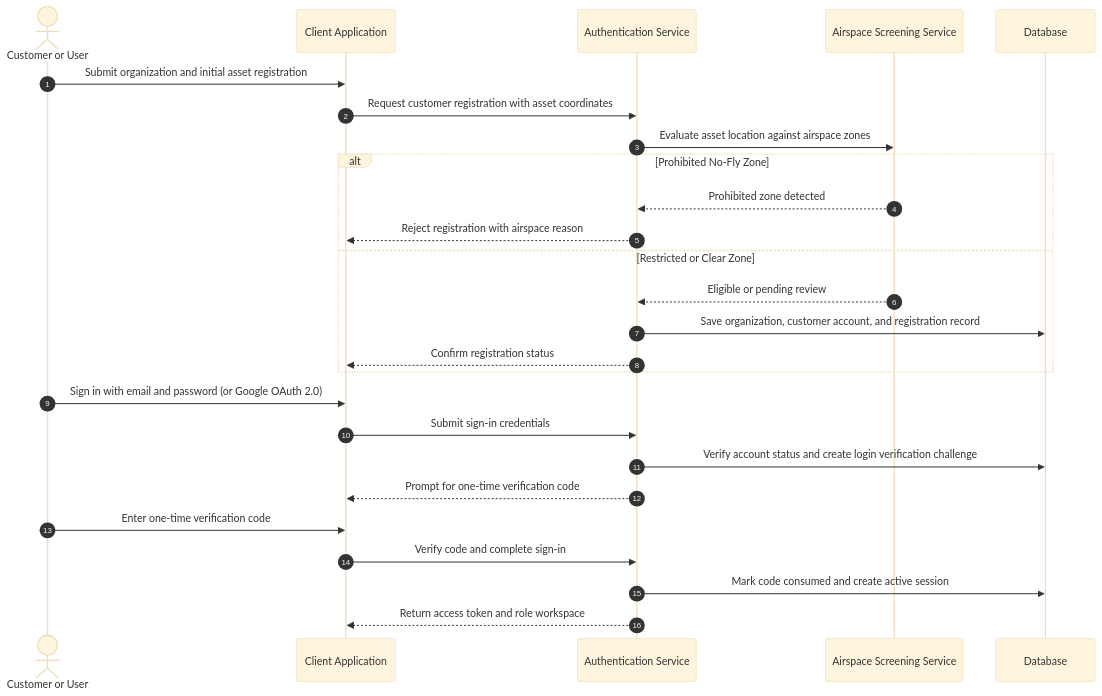
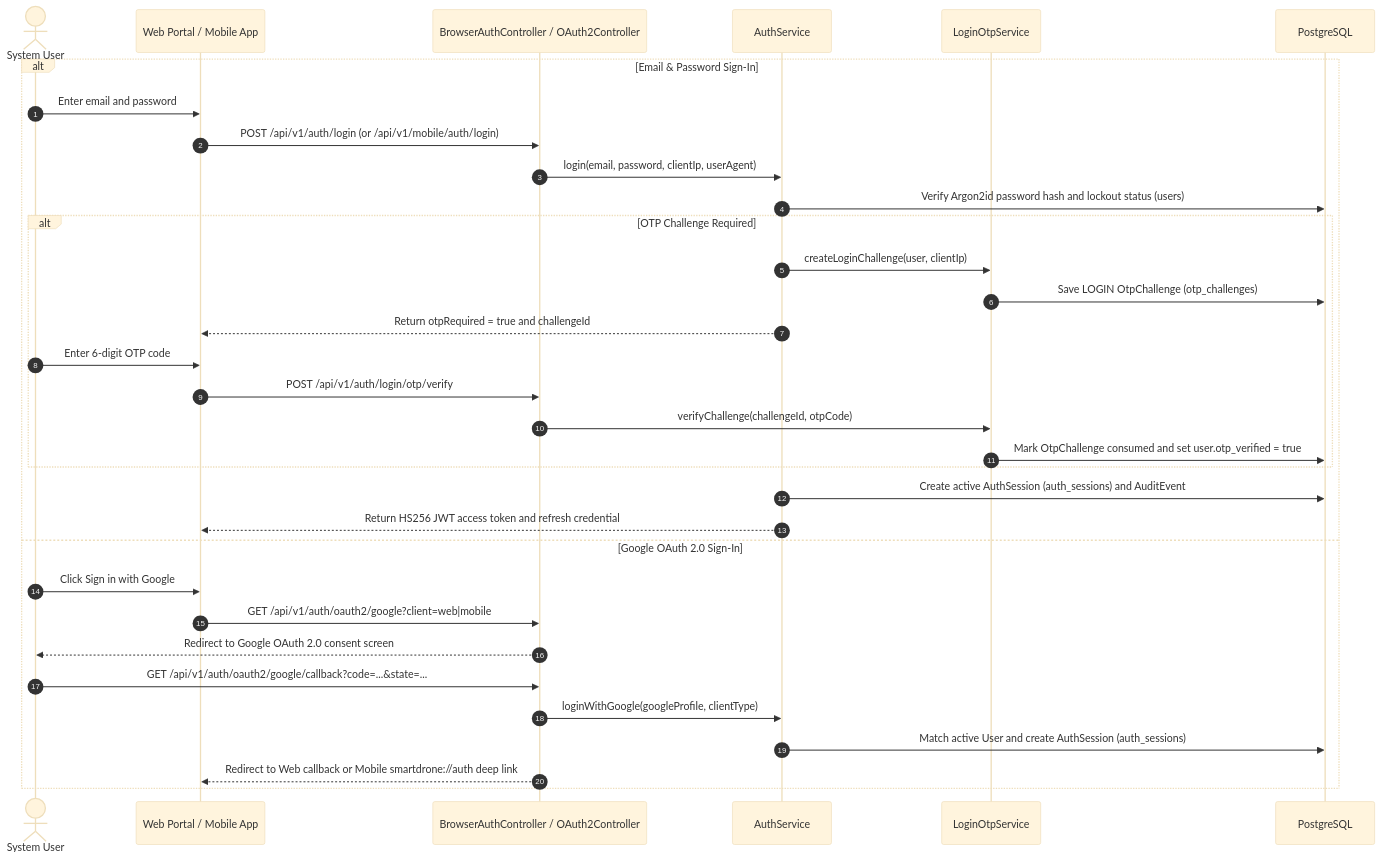
Before and after one commit to tungbach12/SmartDroneInspection-Docs: the third of 26 diagrams in reports/report-4-software-design-document/03-detailed-design.md, drawn with Mermaid (base theme). The commit also changed other lines of this file and 132 other files, not shown here.

````diff
--- a/reports/report-4-software-design-document/03-detailed-design.md
+++ b/reports/report-4-software-design-document/03-detailed-design.md
@@ -88,31 +140,37 @@
 ```mermaid
-%% title: FE-01 Customer Registration and User Sign-In Sequence Diagram
+%% title: FE-01 User Sign-In, OTP Verification and Google OAuth 2.0 Sequence Diagram
 sequenceDiagram
   autonumber
-  actor User as Customer or User
-  participant App as Client Application
-  participant Auth as Authentication Service
-  participant Airspace as Airspace Screening Service
-  participant DB as Database
+  actor User as System User
+  participant App as Web Portal / Mobile App
+  participant Ctrl as BrowserAuthController / OAuth2Controller
+  participant Auth as AuthService
+  participant Otp as LoginOtpService
+  participant DB as PostgreSQL
 
-  User->>App: Submit organization and initial asset registration
-  App->>Auth: Request customer registration with asset coordinates
-  Auth->>Airspace: Evaluate asset location against airspace zones
-  alt Prohibited No-Fly Zone
-    Airspace-->>Auth: Prohibited zone detected
-    Auth-->>App: Reject registration with airspace reason
-  else Restricted or Clear Zone
-    Airspace-->>Auth: Eligible or pending review
-    Auth->>DB: Save organization, customer account, and registration record
-    Auth-->>App: Confirm registration status
+  alt Email & Password Sign-In
+    User->>App: Enter email and password
+    App->>Ctrl: POST /api/v1/auth/login (or /api/v1/mobile/auth/login)
+    Ctrl->>Auth: login(email, password, clientIp, userAgent)
+    Auth->>DB: Verify Argon2id password hash and lockout status (users)
+    alt OTP Challenge Required
+      Auth->>Otp: createLoginChallenge(user, clientIp)
+      Otp->>DB: Save LOGIN OtpChallenge (otp_challenges)
+      Auth-->>App: Return otpRequired = true and challengeId
+      User->>App: Enter 6-digit OTP code
+      App->>Ctrl: POST /api/v1/auth/login/otp/verify
+      Ctrl->>Otp: verifyChallenge(challengeId, otpCode)
+      Otp->>DB: Mark OtpChallenge consumed and set user.otp_verified = true
+    end
+    Auth->>DB: Create active AuthSession (auth_sessions) and AuditEvent
+    Auth-->>App: Return HS256 JWT access token and refresh credential
+  else Google OAuth 2.0 Sign-In
+    User->>App: Click Sign in with Google
+    App->>Ctrl: GET /api/v1/auth/oauth2/google?client=web|mobile
+    Ctrl-->>User: Redirect to Google OAuth 2.0 consent screen
+    User->>Ctrl: GET /api/v1/auth/oauth2/google/callback?code=...&state=...
+    Ctrl->>Auth: loginWithGoogle(googleProfile, clientType)
+    Auth->>DB: Match active User and create AuthSession (auth_sessions)
+    Ctrl-->>App: Redirect to Web callback or Mobile smartdrone://auth deep link
   end
-
-  User->>App: Sign in with email and password (or Google OAuth 2.0)
-  App->>Auth: Submit sign-in credentials
-  Auth->>DB: Verify account status and create login verification challenge
-  Auth-->>App: Prompt for one-time verification code
-  User->>App: Enter one-time verification code
-  App->>Auth: Verify code and complete sign-in
-  Auth->>DB: Mark code consumed and create active session
-  Auth-->>App: Return access token and role workspace
 ```
````
